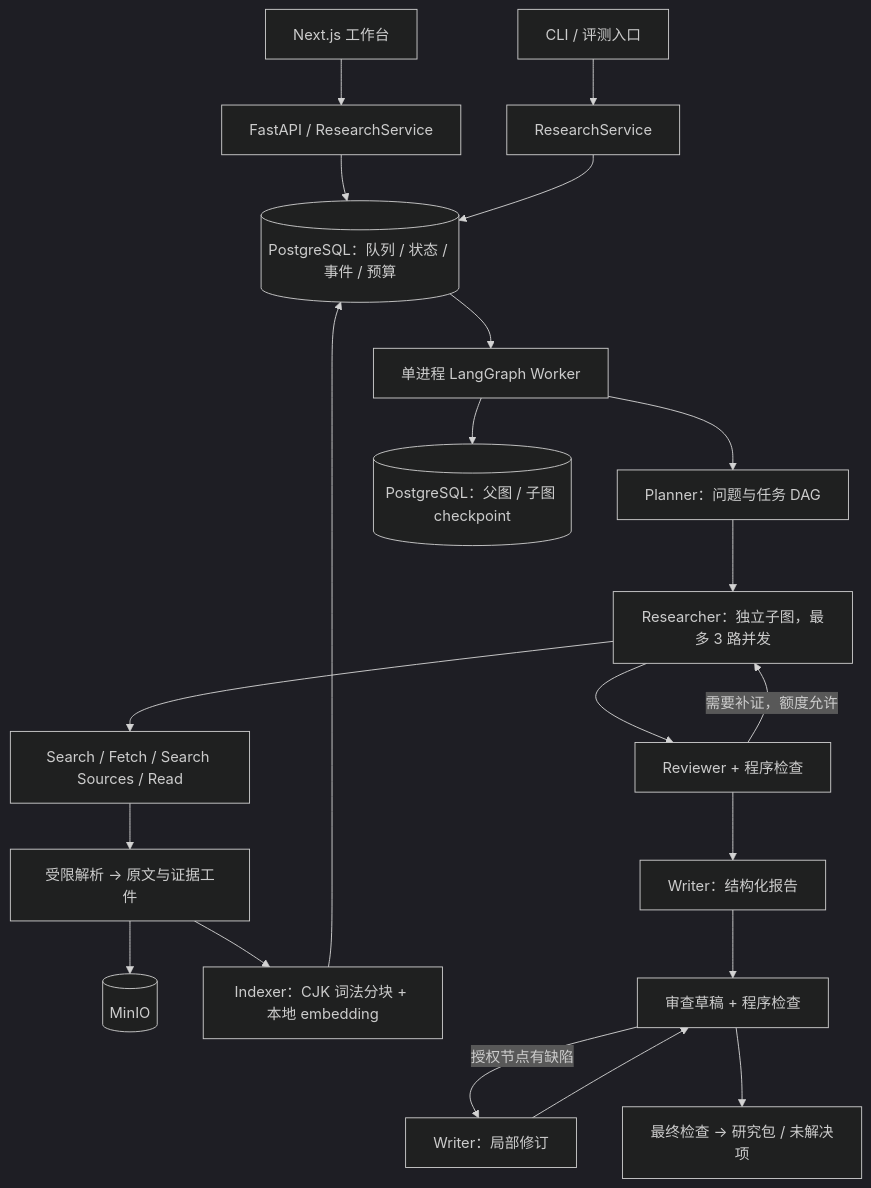
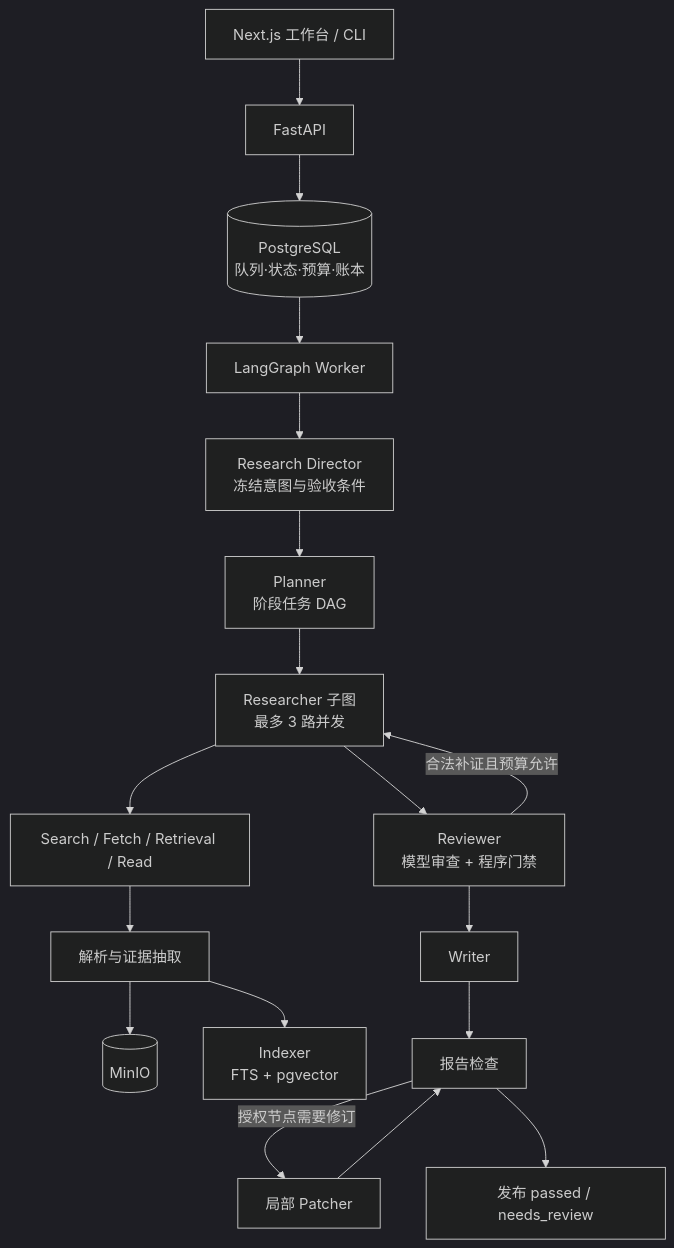
The diagram in README.md (Issac-TJC/deep-research-agent), drawn with Mermaid (dark theme) before and after one commit. The commit also changed other lines of this file and 34 other files, not shown here.

````diff
--- a/README.md
+++ b/README.md
@@ -27,23 +25,20 @@
 ```mermaid
 flowchart TD
-    UI[Next.js 工作台] --> API[FastAPI / ResearchService]
-    CLI[CLI / 评测入口] --> SVC[ResearchService]
-    API --> DB[(PostgreSQL：队列 / 状态 / 事件 / 预算)]
-    SVC --> DB
-    DB --> W[单进程 LangGraph Worker]
-    W --> P[Planner：问题与任务 DAG]
-    P --> R[Researcher：独立子图，最多 3 路并发]
-    R --> T[Search / Fetch / Search Sources / Read]
-    T --> E[受限解析 → 原文与证据工件]
+    UI[Next.js 工作台 / CLI] --> API[FastAPI]
+    API --> DB[(PostgreSQL<br/>队列·状态·预算·账本)]
+    DB --> W[LangGraph Worker]
+    W --> I[Research Director<br/>冻结意图与验收条件]
+    I --> P[Planner<br/>阶段任务 DAG]
+    P --> R[Researcher 子图<br/>最多 3 路并发]
+    R --> T[Search / Fetch / Retrieval / Read]
+    T --> E[解析与证据抽取]
     E --> OBJ[(MinIO)]
-    E --> IDX[Indexer：CJK 词法分块 + 本地 embedding]
-    IDX --> DB
-    R --> V[Reviewer + 程序检查]
-    V -->|需要补证，额度允许| R
-    V --> WR[Writer：结构化报告]
-    WR --> V2[审查草稿 + 程序检查]
-    V2 -->|授权节点有缺陷| PATCH[Writer：局部修订]
-    PATCH --> V2
-    V2 --> PUB[最终检查 → 研究包 / 未解决项]
-    W --> CP[(PostgreSQL：父图 / 子图 checkpoint)]
+    E --> IDX[Indexer<br/>FTS + pgvector]
+    R --> V[Reviewer<br/>模型审查 + 程序门禁]
+    V -->|合法补证且预算允许| R
+    V --> WR[Writer]
+    WR --> C[报告检查]
+    C -->|授权节点需要修订| PA[局部 Patcher]
+    PA --> C
+    C --> PUB[发布 passed / needs_review]
 ```
````
